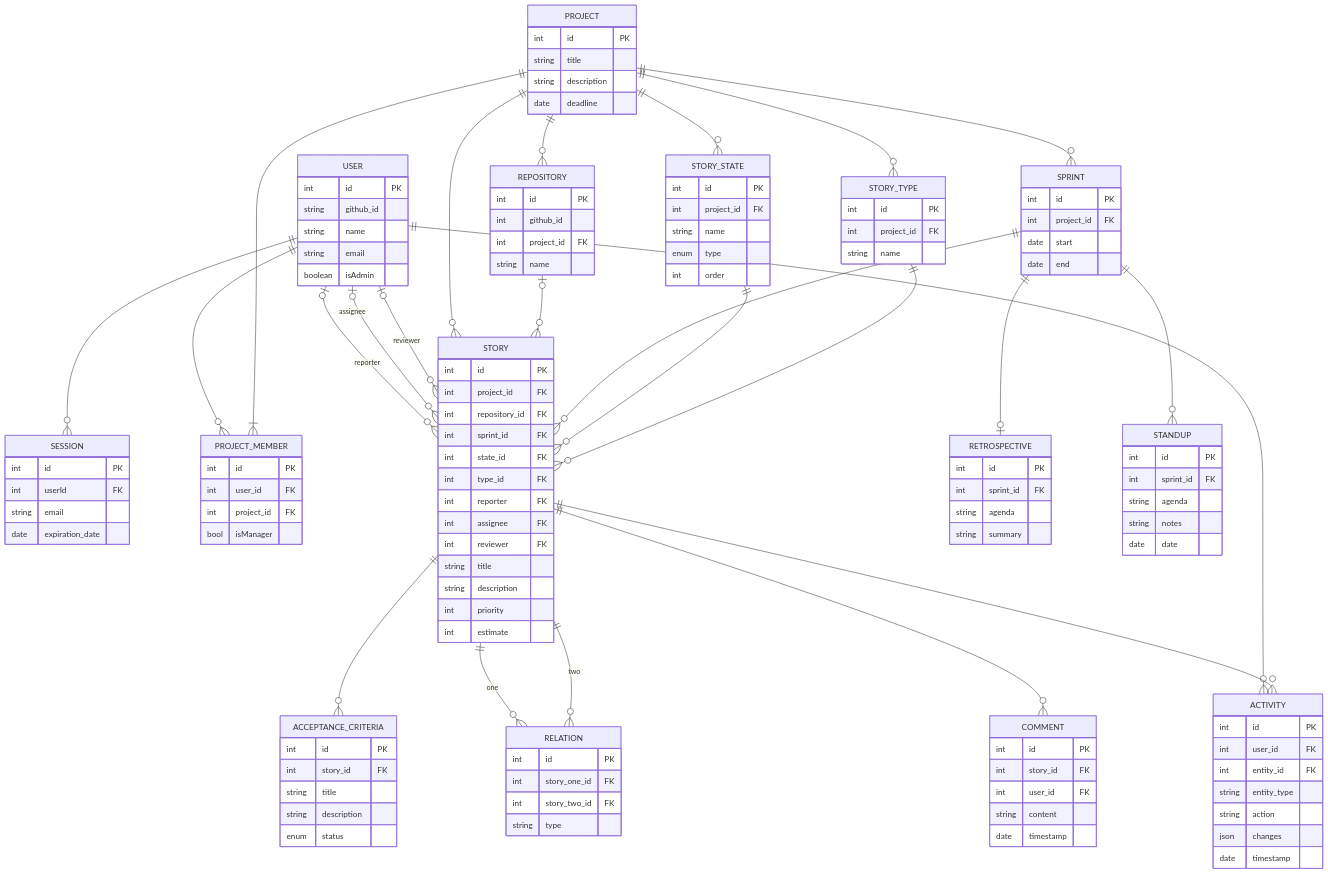
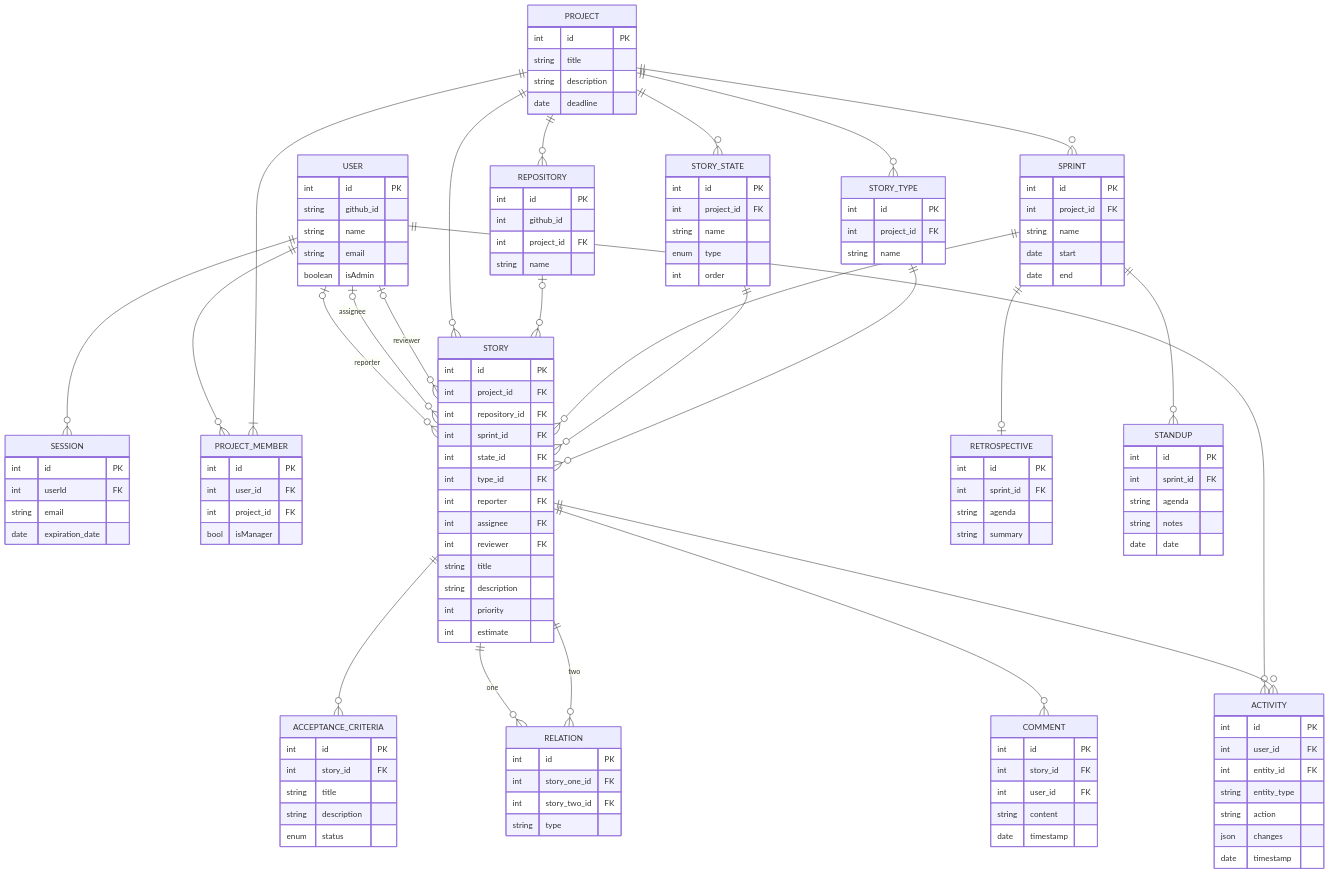
One commit to isaiahpfisher/nimble-backend changed the diagram in ERD.md. Above: the diagram before and after it, drawn with Mermaid. The commit also changed 1 other file, not shown here.

Commit message:
ipf: add api docs

```diff
--- a/ERD.md
+++ b/ERD.md
@@ -110,6 +110,7 @@
     SPRINT {
         int id PK
         int project_id FK
+        string name
         date start
         date end
     }
```
